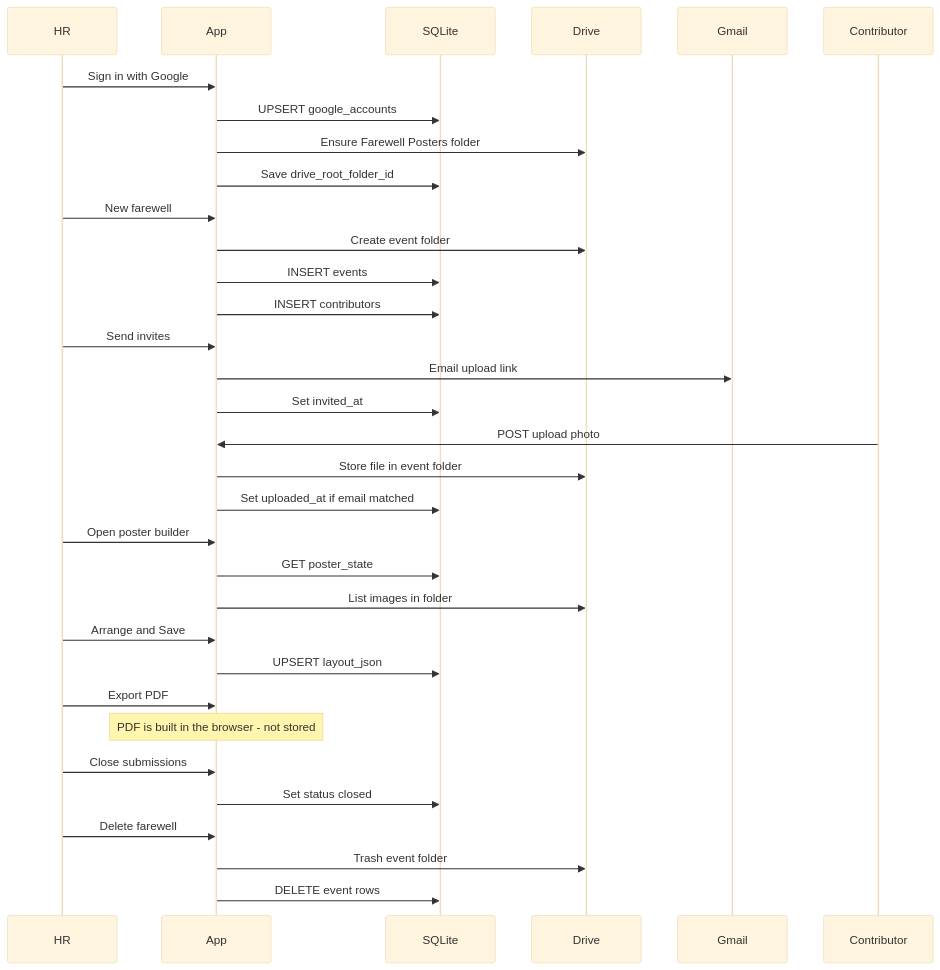
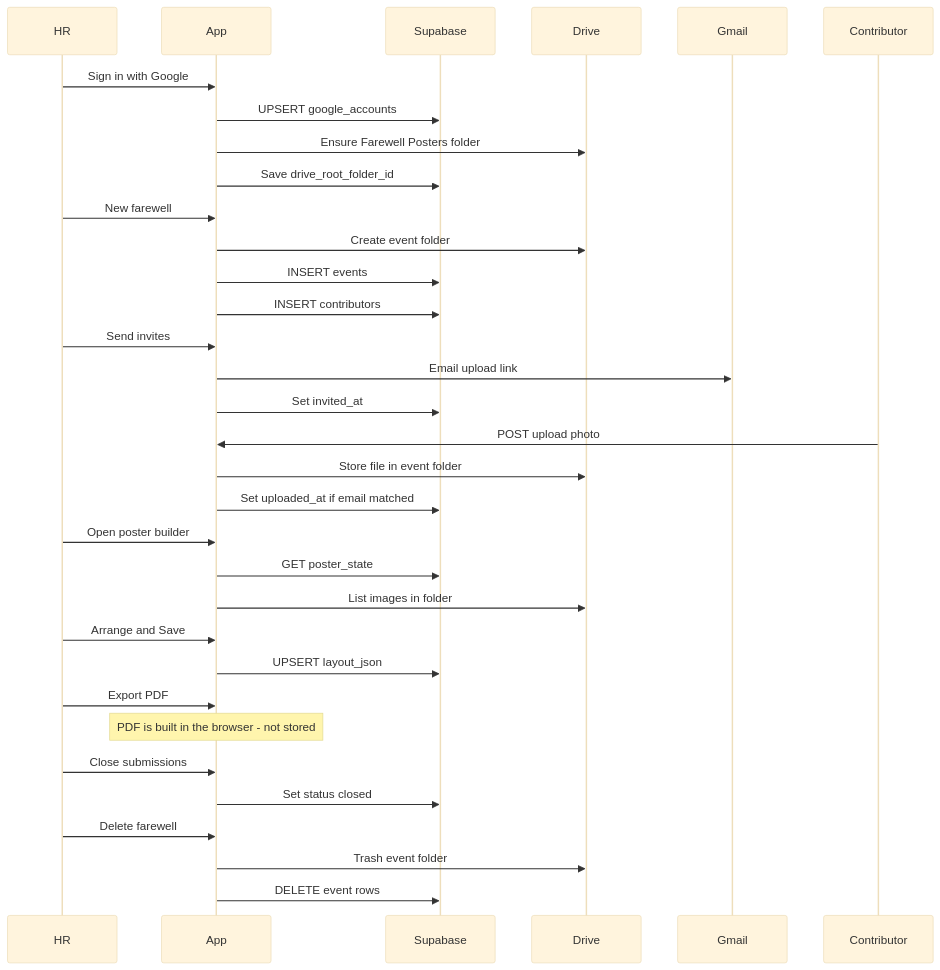
Before and after one commit to AshkumCurious/poster-generator: the second of 2 diagrams in DATA.md, drawn with Mermaid (base theme). The commit also changed other lines of this file and 22 other files, not shown here.

````diff
--- a/DATA.md
+++ b/DATA.md
@@ -149,43 +146,43 @@
 ```mermaid
 sequenceDiagram
   participant HR
   participant App
-  participant DB as SQLite
+  participant DB as Supabase
   participant Drive
   participant Gmail
   participant Contributor
 
   HR->>App: Sign in with Google
   App->>DB: UPSERT google_accounts
   App->>Drive: Ensure Farewell Posters folder
   App->>DB: Save drive_root_folder_id
 
   HR->>App: New farewell
   App->>Drive: Create event folder
   App->>DB: INSERT events
   App->>DB: INSERT contributors
 
   HR->>App: Send invites
   App->>Gmail: Email upload link
   App->>DB: Set invited_at
 
   Contributor->>App: POST upload photo
   App->>Drive: Store file in event folder
   App->>DB: Set uploaded_at if email matched
 
   HR->>App: Open poster builder
   App->>DB: GET poster_state
   App->>Drive: List images in folder
   HR->>App: Arrange and Save
   App->>DB: UPSERT layout_json
 
   HR->>App: Export PDF
   Note over App: PDF is built in the browser - not stored
 
   HR->>App: Close submissions
   App->>DB: Set status closed
 
   HR->>App: Delete farewell
   App->>Drive: Trash event folder
   App->>DB: DELETE event rows
 ```
````
